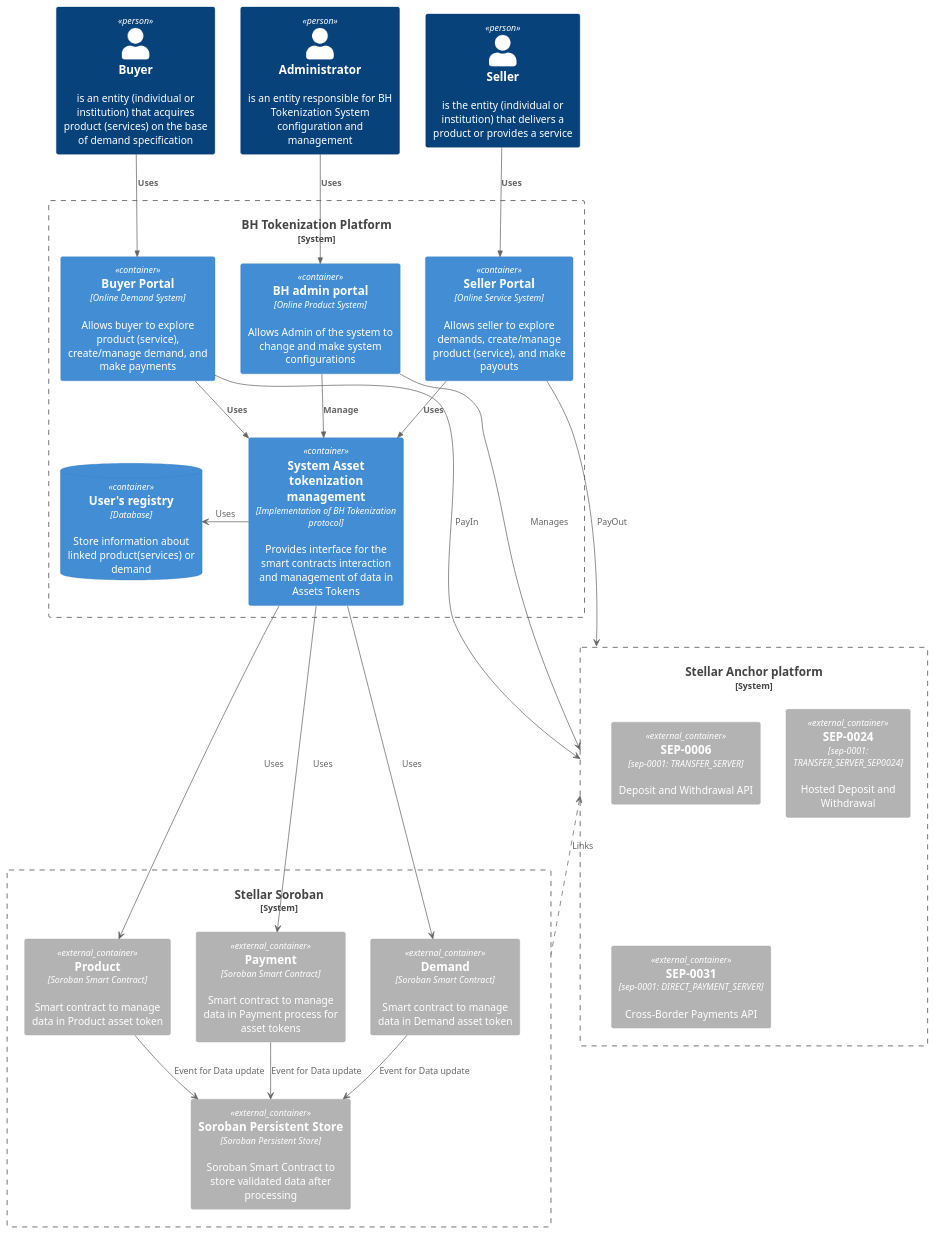
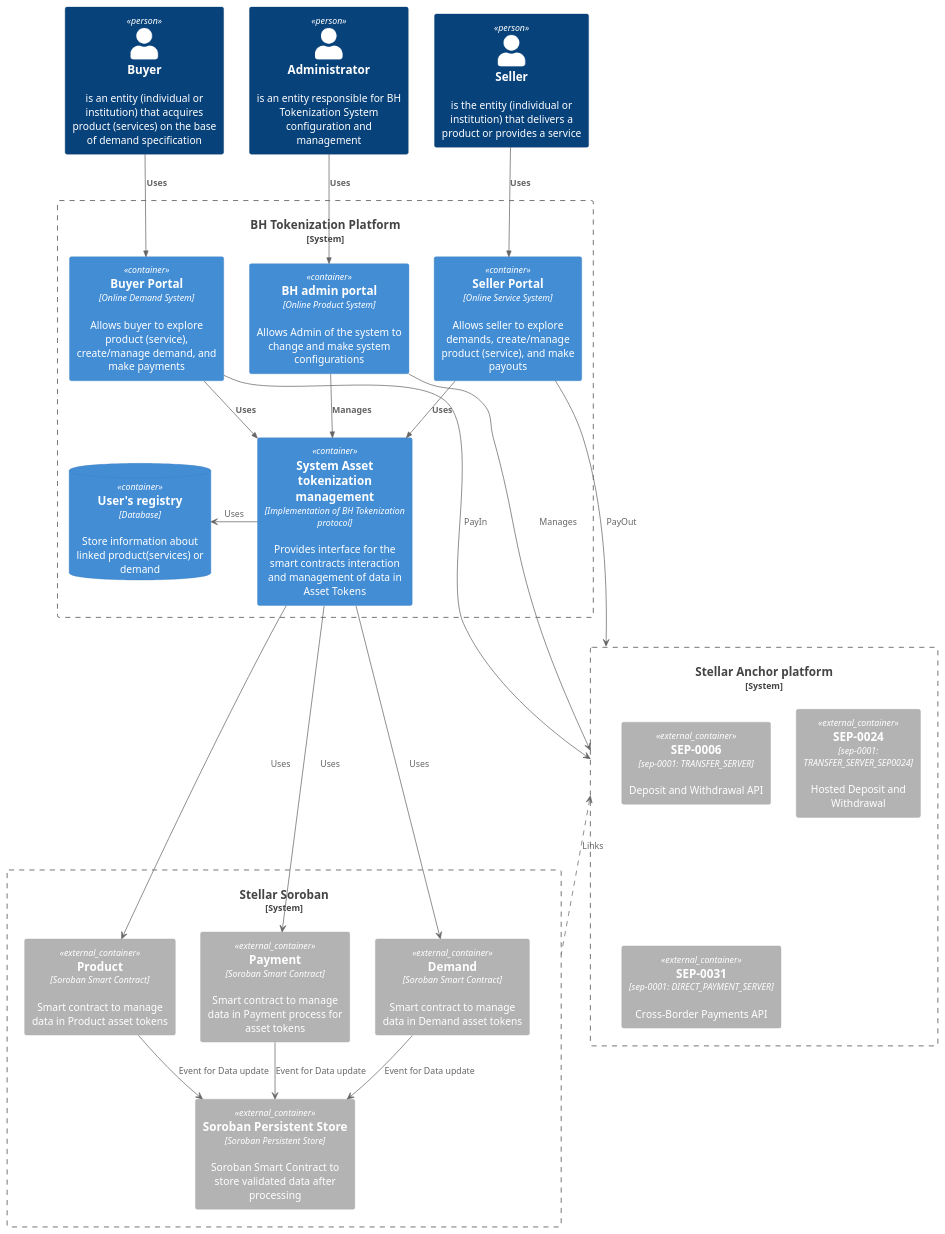
The diagram in uml/BHTokenization_C4_level2.puml (TatarinovIgor/birdhouse-contract), drawn with PlantUML before and after one commit. The commit also changed 7 other files, not shown here.

Commit message:
fixes for diagrams

```diff
--- a/uml/BHTokenization_C4_level2.puml
+++ b/uml/BHTokenization_C4_level2.puml
@@ -1,49 +1,49 @@
 @startuml
 !include https://raw.githubusercontent.com/plantuml-stdlib/C4-PlantUML/master/C4_Container.puml
 
 Person(Buyer, "Buyer", "is an entity (individual or institution) that acquires product (services) on the base of demand specification")
 Person(Administrator, "Administrator", "is an entity responsible for BH Tokenization System configuration and management")
 Person(Seller, "Seller", "is the entity (individual or institution) that delivers a product or provides a service")
 
 System_Boundary(System, "BH Tokenization Platform") {
     Container(SystemD, "Buyer Portal", "Online Demand System", "Allows buyer to explore product (service), create/manage demand, and make payments")
     Container(SystemA, "BH admin portal", "Online Product System", "Allows Admin of the system to change and make system configurations")
     Container(SystemS, "Seller Portal", "Online Service System", "Allows seller to explore demands, create/manage product (service), and make payouts")
-    Container(Tokenizer, "System Asset tokenization management", "Implementation of BH Tokenization protocol", "Provides interface for the smart contracts interaction and management of data in Assets Tokens")
+    Container(Tokenizer, "System Asset tokenization management", "Implementation of BH Tokenization protocol", "Provides interface for the smart contracts interaction and management of data in Asset Tokens")
     ContainerDb(Registry, "User's registry", "Database", "Store information about linked product(services) or demand")
 
     Rel(Buyer, SystemD,  "Uses")
     Rel(Administrator, SystemA,  "Uses")
     Rel(Seller, SystemS,  "Uses")
-    Rel(SystemA, Tokenizer,  "Manage")
+    Rel(SystemA, Tokenizer,  "Manages")
     Rel(SystemD, Tokenizer,  "Uses")
     Rel(SystemS, Tokenizer,  "Uses")
     Tokenizer -left->  Registry : "Uses"
 }
 
 System_Boundary(Anchor, "Stellar Anchor platform") {
     Container_Ext(PaymentI, "SEP-0006", "sep-0001: TRANSFER_SERVER", "Deposit and Withdrawal API")
     Container_Ext(PaymentO, "SEP-0024", "sep-0001: TRANSFER_SERVER_SEP0024", "Hosted Deposit and Withdrawal")
     Container_Ext(Payment, "SEP-0031", "sep-0001: DIRECT_PAYMENT_SERVER", "Cross-Border Payments API")
 }
 
 System_Boundary(Soroban, "Stellar Soroban") {
-    Container_Ext(Product, "Product", "Soroban Smart Contract", "Smart contract to manage data in Product asset token")
-    Container_Ext(Demand, "Demand", "Soroban Smart Contract", "Smart contract to manage data in Demand asset token")
+    Container_Ext(Product, "Product", "Soroban Smart Contract", "Smart contract to manage data in Product asset tokens")
+    Container_Ext(Demand, "Demand", "Soroban Smart Contract", "Smart contract to manage data in Demand asset tokens")
     Container_Ext(PaymentT, "Payment", "Soroban Smart Contract", "Smart contract to manage data in Payment process for asset tokens")
     Container_Ext(SorobanPersistentStore, "Soroban Persistent Store", "Soroban Persistent Store", "Soroban Smart Contract to store validated data after processing")
     Product --> SorobanPersistentStore :  "Event for Data update"
     Demand --> SorobanPersistentStore :  "Event for Data update"
     PaymentT --> SorobanPersistentStore :  "Event for Data update"
 }
 
 Soroban .left.> Anchor: "Links"
 SystemD ---> Anchor :  "PayIn"
 SystemA ---> Anchor : "Manages"
 SystemS ---> Anchor :  "PayOut"
 Tokenizer -left-> Demand : "Uses"
 Tokenizer ---> Product :  "Uses"
 Tokenizer ---> PaymentT :  "Uses"
 
 
 @enduml
```
